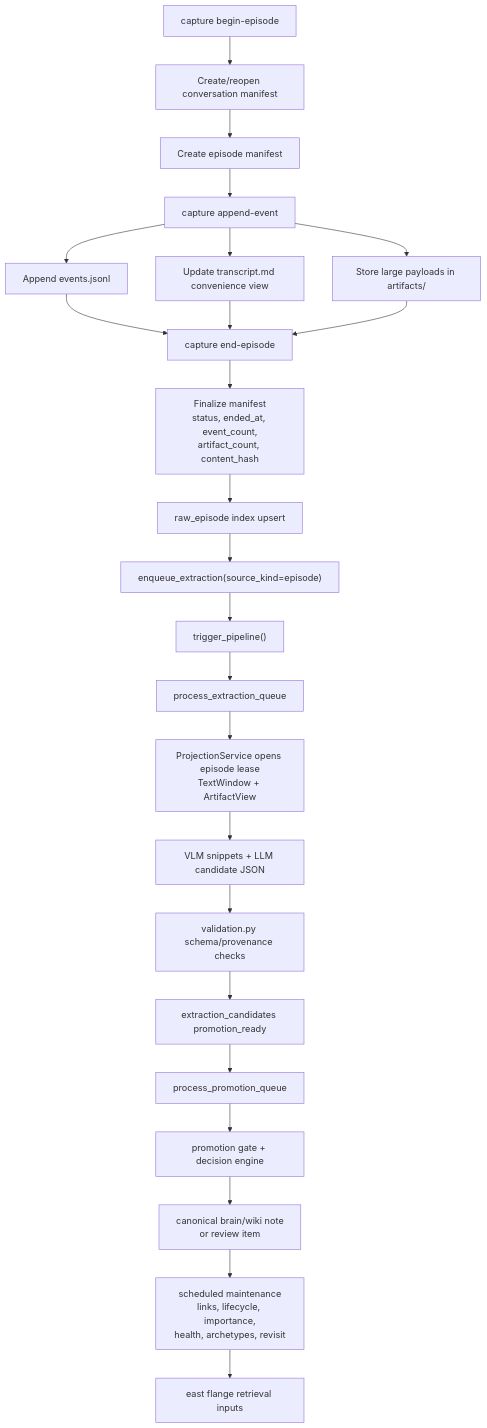
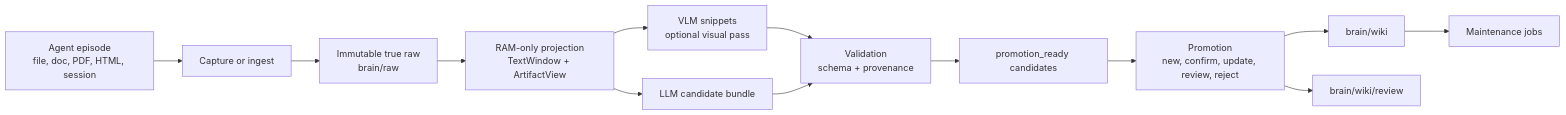
Before and after one commit to Jianyu010/MnemonicOS: the second of 4 diagrams in README.md, drawn with Mermaid. The commit also changed other lines of this file and 14 other files, not shown here.

Commit message:
Refresh README for architecture, CLI, and protocol guidance

````diff
--- a/README.md
+++ b/README.md
@@ -468,26 +79,15 @@
 ```mermaid
-flowchart TD
-    A["capture begin-episode"] --> B["Create/reopen conversation manifest"]
-    B --> C["Create episode manifest"]
-    C --> D["capture append-event"]
-    D --> E["Append events.jsonl"]
-    D --> F["Update transcript.md convenience view"]
-    D --> G["Store large payloads in artifacts/"]
-    E --> H["capture end-episode"]
-    F --> H
-    G --> H
-    H --> I["Finalize manifest\nstatus, ended_at, event_count,\nartifact_count, content_hash"]
-    I --> J["raw_episode index upsert"]
-    J --> K["enqueue_extraction(source_kind=episode)"]
-    K --> L["trigger_pipeline()"]
-    L --> M["process_extraction_queue"]
-    M --> N["ProjectionService opens episode lease\nTextWindow + ArtifactView"]
-    N --> O["VLM snippets + LLM candidate JSON"]
-    O --> P["validation.py schema/provenance checks"]
-    P --> Q["extraction_candidates promotion_ready"]
-    Q --> R["process_promotion_queue"]
-    R --> S["promotion gate + decision engine"]
-    S --> T["canonical brain/wiki note\nor review item"]
-    T --> U["scheduled maintenance\nlinks, lifecycle, importance,\nhealth, archetypes, revisit"]
-    U --> V["east flange retrieval inputs"]
+flowchart LR
+    A["Agent episode<br/>file, doc, PDF, HTML, session"] --> B["Capture or ingest"]
+    B --> C["Immutable true raw<br/>brain/raw"]
+    C --> D["RAM-only projection<br/>TextWindow + ArtifactView"]
+    D --> E["VLM snippets<br/>optional visual pass"]
+    D --> F["LLM candidate bundle"]
+    E --> G["Validation<br/>schema + provenance"]
+    F --> G
+    G --> H["promotion_ready candidates"]
+    H --> I["Promotion<br/>new, confirm, update, review, reject"]
+    I --> J["brain/wiki"]
+    I --> K["brain/wiki/review"]
+    J --> L["Maintenance jobs"]
 ```
````
